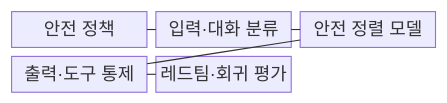
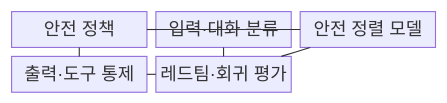
Before and after one commit to agnusdei1207/knowledge-base: the first of 2 diagrams in src/content/docs/notes/05-security/081_jailbreak_attack.md, drawn with Mermaid. The commit also changed other lines of this file and 20 other files, not shown here.

````diff
--- a/src/content/docs/notes/05-security/081_jailbreak_attack.md
+++ b/src/content/docs/notes/05-security/081_jailbreak_attack.md
@@ -60,13 +60,15 @@
 ```mermaid
 block-beta
   columns 3
   A["안전 정책"]
   B["입력·대화 분류"]
   C["안전 정렬 모델"]
   D["출력·도구 통제"]
   E["레드팀·회귀 평가"]
   A --- B
-  B --- C
-  C --- D
-  D --- E
+  A --- C
+  A --- D
+  E --- B
+  E --- C
+  E --- D
 ```
````
